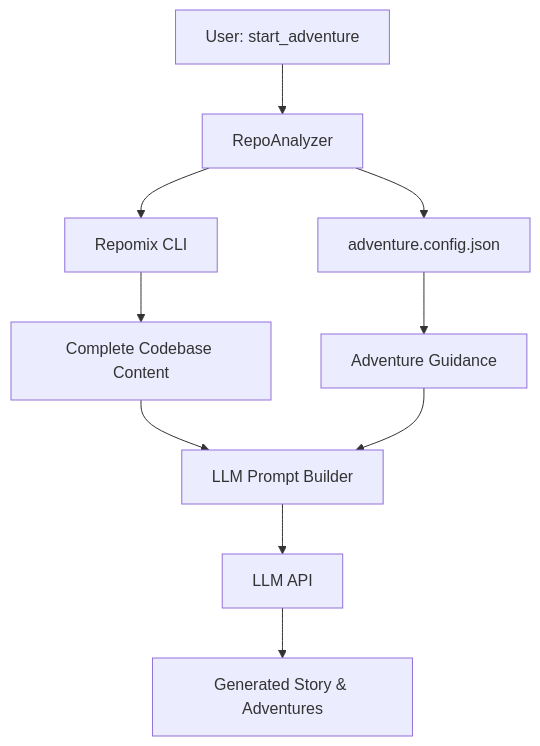
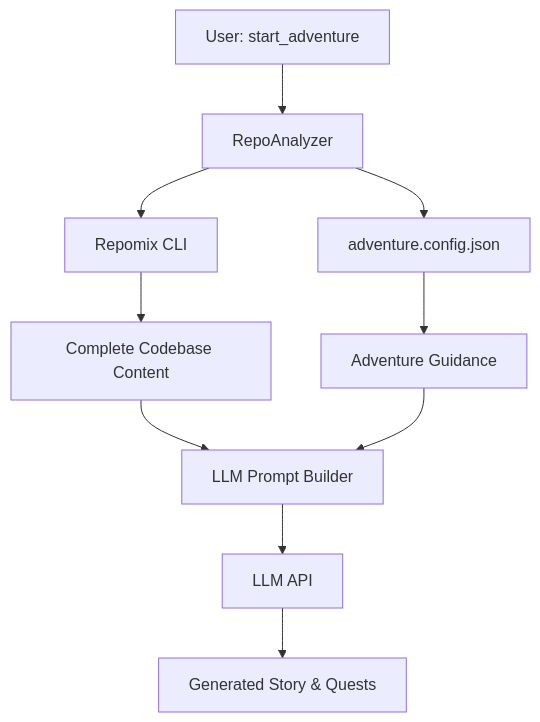
One commit to DanWahlin/ai-repo-adventures changed the second of 2 diagrams in README.md. Above: the diagram before and after it, drawn with Mermaid. The commit also changed other lines of this file and 18 other files, not shown here.

````diff
--- a/README.md
+++ b/README.md
@@ -54,15 +54,15 @@
 ```mermaid
 graph TD
     A[User: start_adventure] --> B[RepoAnalyzer]
     B --> C[Repomix CLI]
     C --> D[Complete Codebase Content]
     
     B --> E[adventure.config.json]
     E --> F[Adventure Guidance]
     
     D --> G[LLM Prompt Builder]
     F --> G
     
     G --> H[LLM API]
-    H --> I[Generated Story & Adventures]
+    H --> I[Generated Story & Quests]
 ```
````
